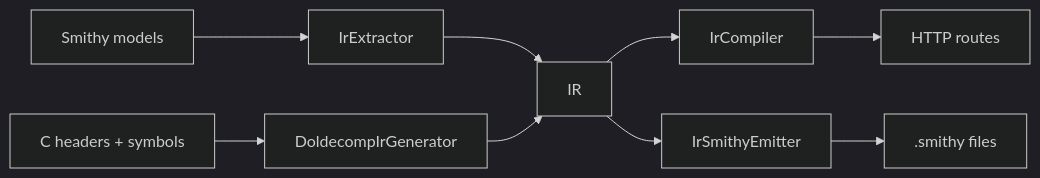
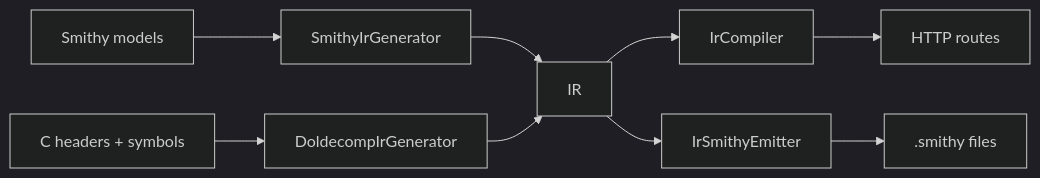
Before and after one commit to Jacoby6000/dap-http-generator: the diagram in AGENTS.md, drawn with Mermaid (dark theme). The commit also changed 6 other files, not shown here.

First line of the commit message:
Rename IrExtractor to SmithyIrGenerator

````diff
--- a/AGENTS.md
+++ b/AGENTS.md
@@ -29,7 +29,7 @@
 ```mermaid
 flowchart LR
-  Smithy["Smithy models"] --> IrExtractor --> IR
+  Smithy["Smithy models"] --> SmithyIrGenerator --> IR
   CHeaders["C headers + symbols"] --> DoldecompIrGenerator --> IR
   IR --> IrCompiler --> Routes["HTTP routes"]
   IR --> IrSmithyEmitter --> SmithyFile[".smithy files"]
 ```
````
